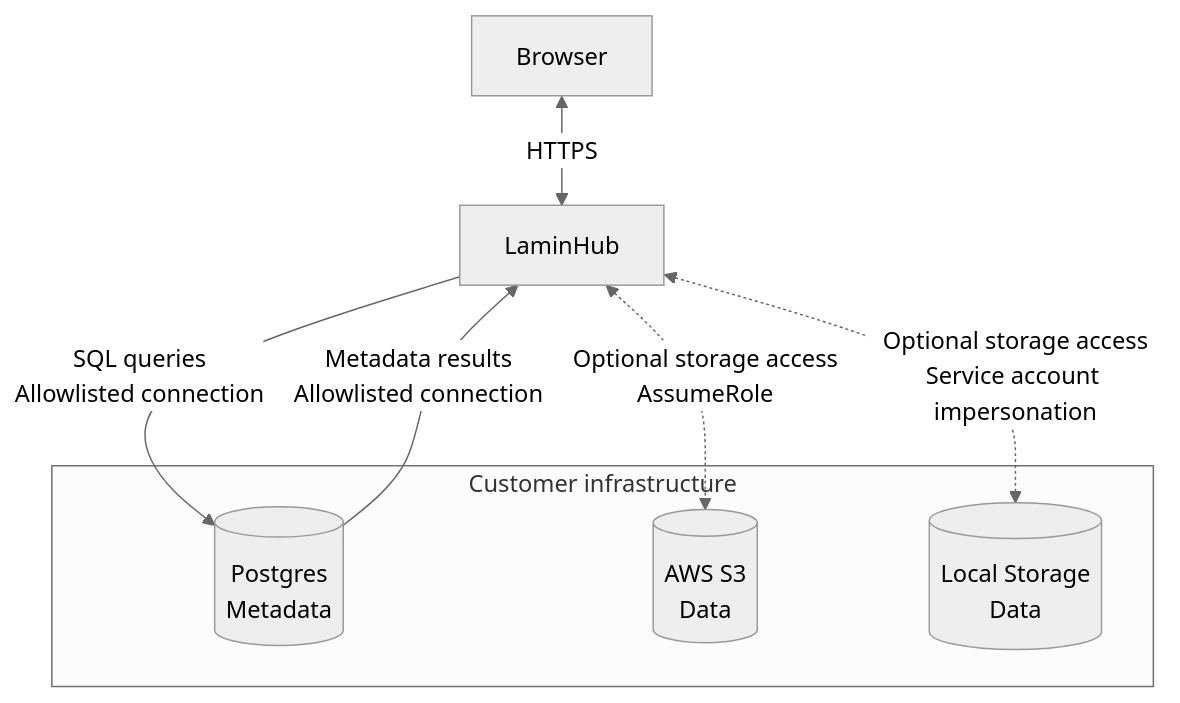
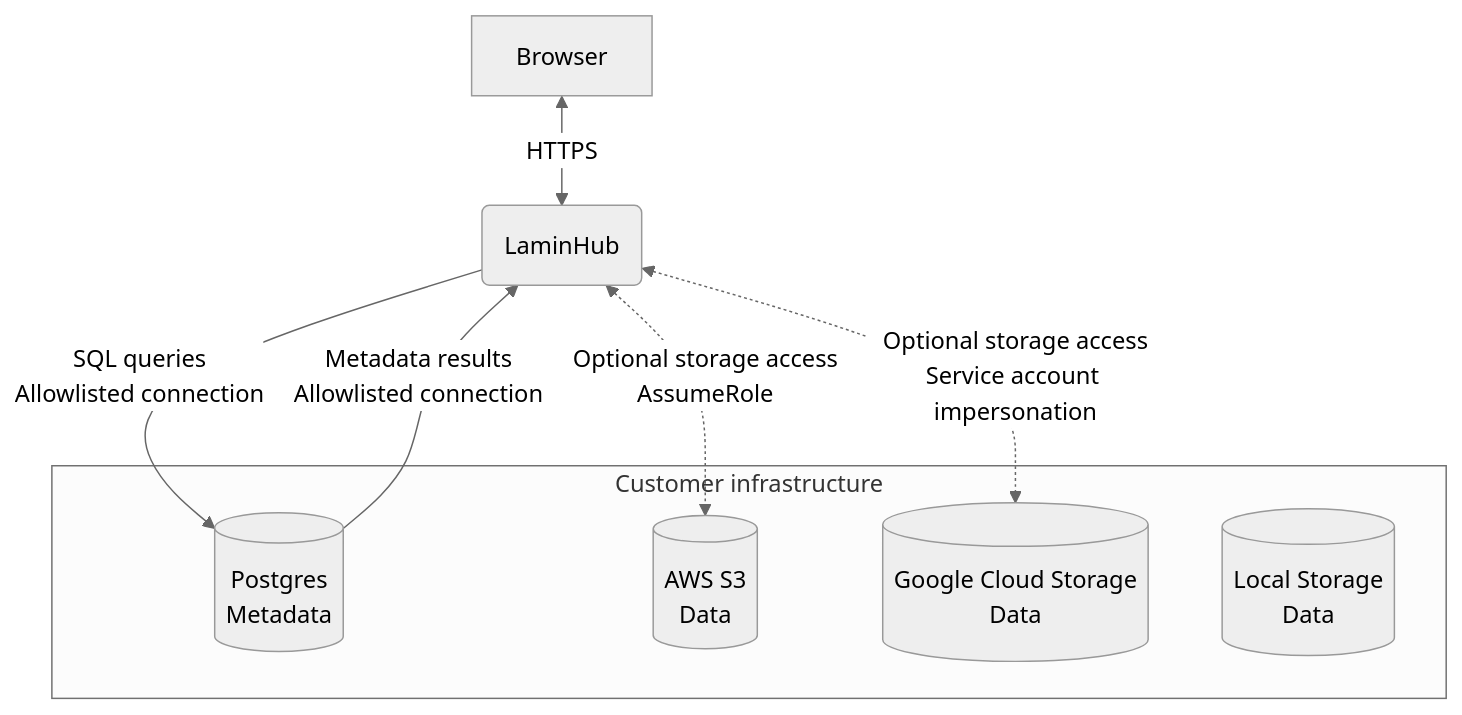
One commit to laminlabs/lamin-docs changed the diagram in docs/security.md. Above: the diagram before and after it, drawn with Mermaid (neutral theme).

Commit message:
♻️ Prettify

````diff
--- a/docs/security.md
+++ b/docs/security.md
@@ -31,19 +31,19 @@
 ```{mermaid}
 flowchart TB
     browser["Browser"]
 
-    hub["LaminHub"]:::focal
+    hub("LaminHub"):::focal
 
     subgraph customer["Customer infrastructure"]
         db[("Postgres<br/>Metadata")]
         s3[("AWS S3<br/>Data")]
         gcs[("Google Cloud Storage<br/>Data")]
-        gcs[("Local Storage<br/>Data")]
+        local[("Local Storage<br/>Data")]
     end
 
     browser <-->|"HTTPS"| hub
     hub -->|"SQL queries<br/>Allowlisted connection"| db
     db -->|"Metadata results<br/>Allowlisted connection"| hub
     hub <-.->|"Optional storage access<br/>AssumeRole"| s3
     hub <-.->|"Optional storage access<br/>Service account impersonation"| gcs
 ```
````
